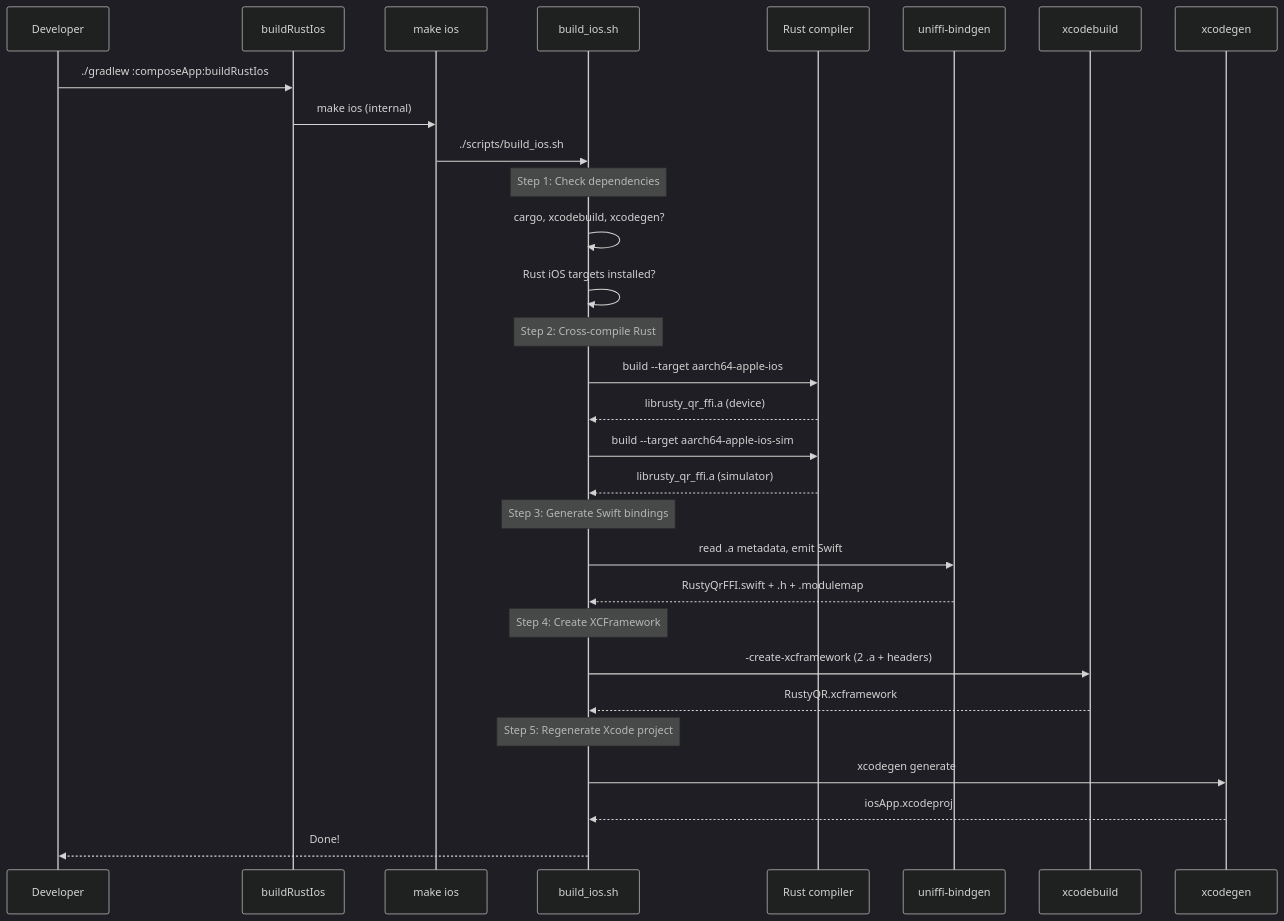
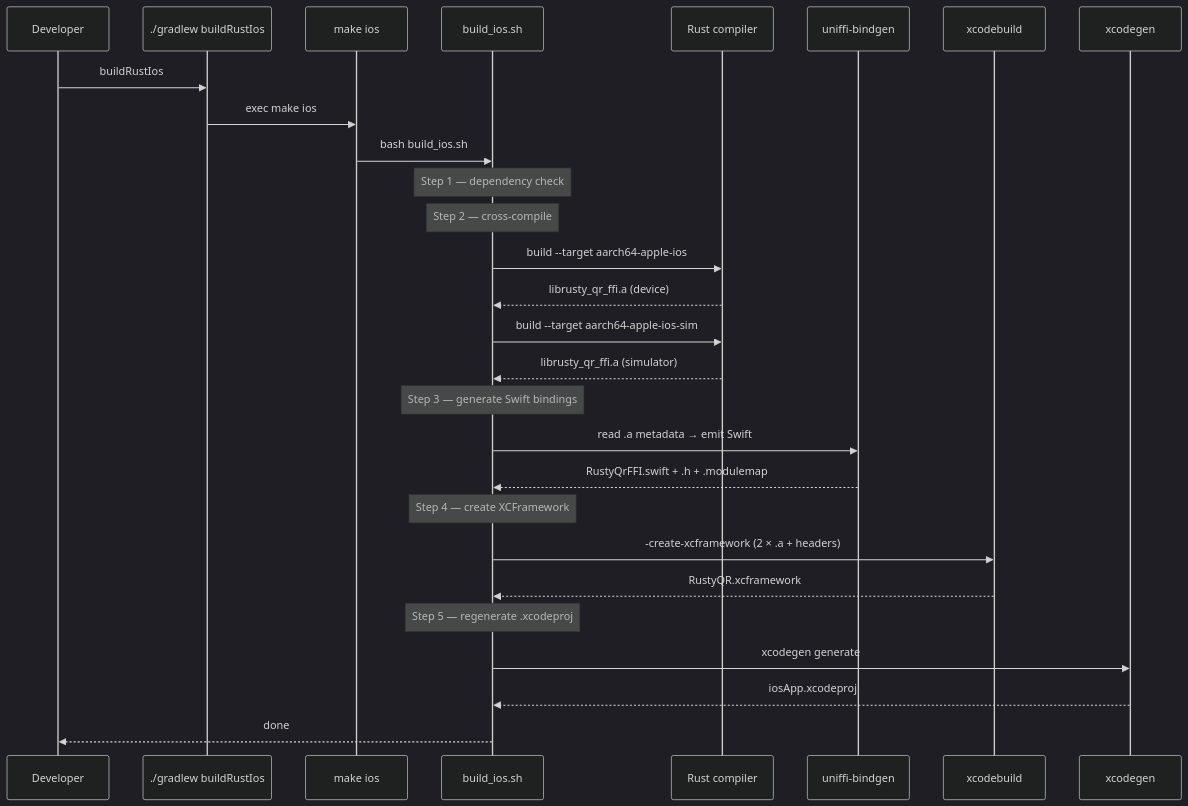
One commit to prasannajeet/RustyQR changed the first of 2 diagrams in iosApp/README.md. Above: the diagram before and after it, drawn with Mermaid (dark theme). The commit also changed other lines of this file and 69 other files, not shown here.

````diff
--- a/iosApp/README.md
+++ b/iosApp/README.md
@@ -167,39 +239,36 @@
 ```mermaid
 sequenceDiagram
     participant Dev as Developer
-    participant Gradle as buildRustIos
-    participant Make as make ios
-    participant Script as build_ios.sh
+    participant G as ./gradlew buildRustIos
+    participant M as make ios
+    participant S as build_ios.sh
     participant Cargo as Rust compiler
     participant UB as uniffi-bindgen
     participant XCB as xcodebuild
     participant XCG as xcodegen
 
-    Dev->>Gradle: ./gradlew :composeApp:buildRustIos
-    Gradle->>Make: make ios (internal)
-    Make->>Script: ./scripts/build_ios.sh
+    Dev->>G: buildRustIos
+    G->>M: exec make ios
+    M->>S: bash build_ios.sh
 
-    Note over Script: Step 1: Check dependencies
-    Script->>Script: cargo, xcodebuild, xcodegen?
-    Script->>Script: Rust iOS targets installed?
+    Note over S: Step 1 — dependency check
+    Note over S: Step 2 — cross-compile
+    S->>Cargo: build --target aarch64-apple-ios
+    Cargo-->>S: librusty_qr_ffi.a (device)
+    S->>Cargo: build --target aarch64-apple-ios-sim
+    Cargo-->>S: librusty_qr_ffi.a (simulator)
 
-    Note over Script: Step 2: Cross-compile Rust
-    Script->>Cargo: build --target aarch64-apple-ios
-    Cargo-->>Script: librusty_qr_ffi.a (device)
-    Script->>Cargo: build --target aarch64-apple-ios-sim
-    Cargo-->>Script: librusty_qr_ffi.a (simulator)
+    Note over S: Step 3 — generate Swift bindings
+    S->>UB: read .a metadata → emit Swift
+    UB-->>S: RustyQrFFI.swift + .h + .modulemap
 
-    Note over Script: Step 3: Generate Swift bindings
-    Script->>UB: read .a metadata, emit Swift
-    UB-->>Script: RustyQrFFI.swift + .h + .modulemap
+    Note over S: Step 4 — create XCFramework
+    S->>XCB: -create-xcframework (2 × .a + headers)
+    XCB-->>S: RustyQR.xcframework
 
-    Note over Script: Step 4: Create XCFramework
-    Script->>XCB: -create-xcframework (2 .a + headers)
-    XCB-->>Script: RustyQR.xcframework
+    Note over S: Step 5 — regenerate .xcodeproj
+    S->>XCG: xcodegen generate
+    XCG-->>S: iosApp.xcodeproj
 
-    Note over Script: Step 5: Regenerate Xcode project
-    Script->>XCG: xcodegen generate
-    XCG-->>Script: iosApp.xcodeproj
-
-    Script-->>Dev: Done!
+    S-->>Dev: done
 ```
````
